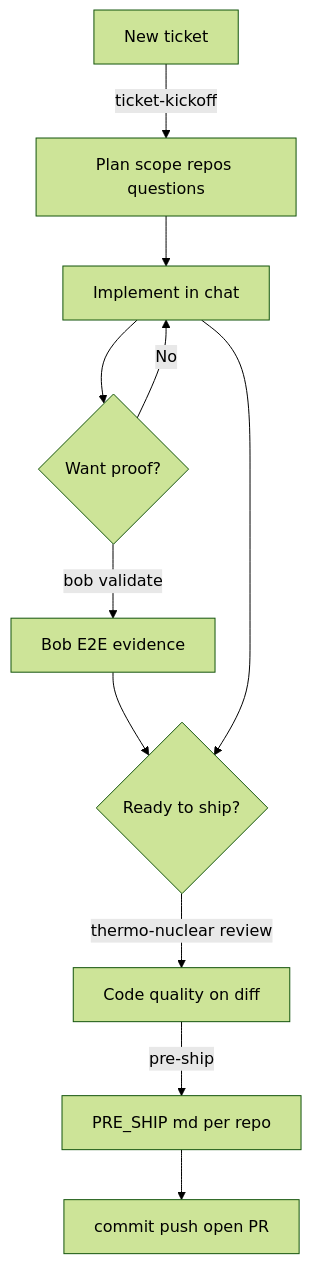
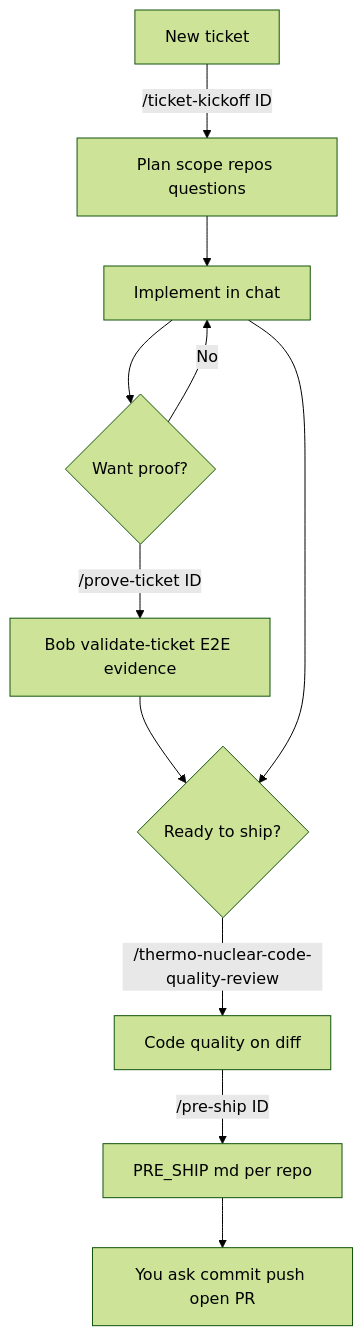
Before and after one commit to trusttAshutosh/cursor-markdowns: the first of 2 diagrams in WORKFLOW.md, drawn with Mermaid (forest theme). The commit also changed other lines of this file and 1 other file, not shown here.

Commit message:
docs: show exact slash commands on WORKFLOW mermaid edges

````diff
--- a/WORKFLOW.md
+++ b/WORKFLOW.md
@@ -7,13 +7,13 @@
 ```mermaid
 flowchart TD
-  A[New ticket] -->|ticket-kickoff| B[Plan scope repos questions]
+  A[New ticket] -->|/ticket-kickoff ID| B[Plan scope repos questions]
   B --> C[Implement in chat]
   C --> D{Want proof?}
   D -->|No| C
-  D -->|bob validate| E[Bob E2E evidence]
+  D -->|/prove-ticket ID| E[Bob validate-ticket E2E evidence]
   E --> F{Ready to ship?}
   C --> F
-  F -->|thermo-nuclear review| G[Code quality on diff]
-  G -->|pre-ship| H[PRE_SHIP md per repo]
-  H --> I[commit push open PR]
+  F -->|/thermo-nuclear-code-quality-review| G[Code quality on diff]
+  G -->|/pre-ship ID| H[PRE_SHIP md per repo]
+  H --> I[You ask commit push open PR]
 ```
````
